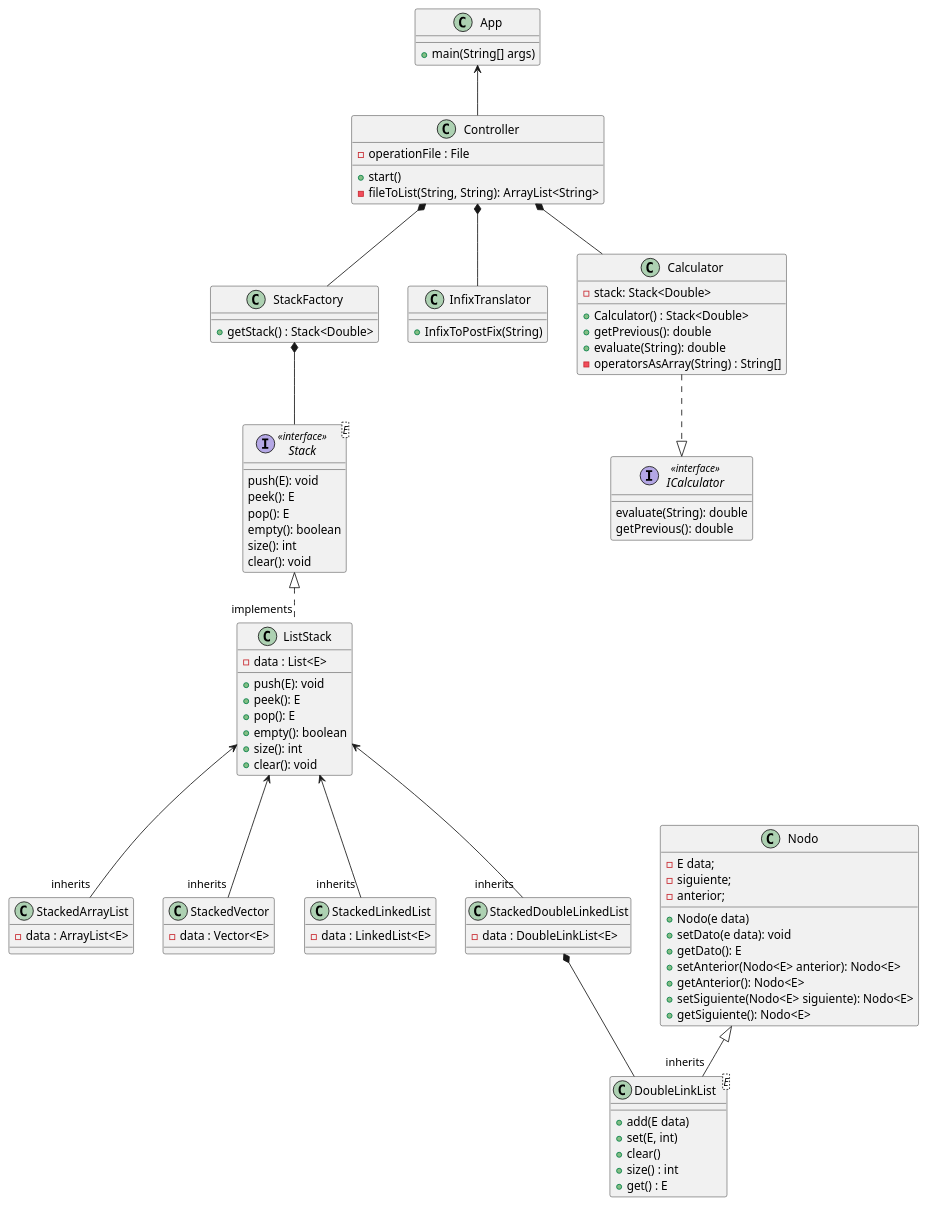
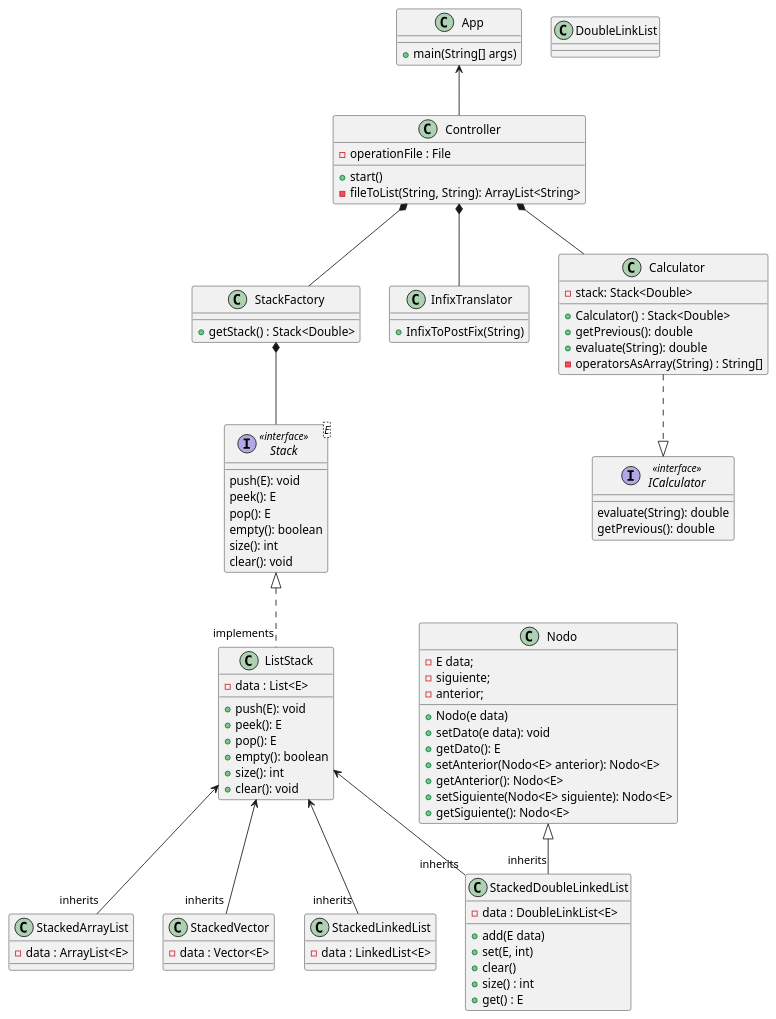
The diagram in classesUML.puml (DanielRasho/HT4-InfixCalculator), drawn with PlantUML before and after one commit. The commit also changed 1 other file, not shown here.

```diff
--- a/classesUML.puml
+++ b/classesUML.puml
@@ -1,124 +1,122 @@
 @startuml
 
 class App
 class Controller
 class StackFactory
 class InfixTranslator
 
 class Calculator
 interface ICalculator
 
 
 class StackedArrayList
 class StackedVector
 class StackedLinkedList
 class StackedDoubleLinkedList
 class StackedVector
 interface Stack<E> <<interface>>
 abstract class ListStack
 
 class DoubleLinkList
 
 
 App <-- Controller
 Controller *-- StackFactory
 Controller *-- Calculator
 Controller *-- InfixTranslator
 
 Calculator ..|> ICalculator
 
 Stack <|.. "implements" ListStack
 StackFactory *-- Stack
 ListStack <-- "inherits" StackedArrayList
 ListStack <-- "inherits" StackedVector
 ListStack <-- "inherits" StackedLinkedList
 ListStack <-- "inherits" StackedDoubleLinkedList
 
-StackedDoubleLinkedList *-- DoubleLinkList
-Nodo <|-- "inherits" DoubleLinkList
+Nodo <|-- "inherits" StackedDoubleLinkedList
 class App {
     + main(String[] args)
 }
 
 class StackFactory {
     + getStack() : Stack<Double>
 }
 
 class InfixTranslator{
     + InfixToPostFix(String)
 }
 
 class Controller {
     - operationFile : File
     + start()
     - fileToList(String, String): ArrayList<String>
 }
 
 class Calculator{
     - stack: Stack<Double>
     + Calculator() : Stack<Double>
     + getPrevious(): double
     + evaluate(String): double
     - operatorsAsArray(String) : String[]
 }
 
 interface ICalculator <<interface>>{
     evaluate(String): double
     getPrevious(): double
 }
 
 interface Stack {
     push(E): void
     peek(): E
     pop(): E
     empty(): boolean
     size(): int
     clear(): void
 }
 
 class ListStack{
     - data : List<E>
     + push(E): void
     + peek(): E
     + pop(): E
     + empty(): boolean
     + size(): int
     + clear(): void
 }
 
 class StackedArrayList{
     - data : ArrayList<E>
 }
 class StackedVector{
     - data : Vector<E>
 }
 class StackedLinkedList{
     - data : LinkedList<E>
 }
 class StackedDoubleLinkedList{
     - data : DoubleLinkList<E>
-}
-class DoubleLinkList <E>{
     + add(E data)
     + set(E, int)
     + clear()
     + size() : int
     + get() : E
 }
+
 class Nodo{
     - E data;
     - siguiente;
     - anterior;
     + Nodo(e data)
     + setDato(e data): void
     + getDato(): E
     + setAnterior(Nodo<E> anterior): Nodo<E>
     + getAnterior(): Nodo<E>
     + setSiguiente(Nodo<E> siguiente): Nodo<E>
     + getSiguiente(): Nodo<E>
 
 
 
 }
 
 @enduml
```
